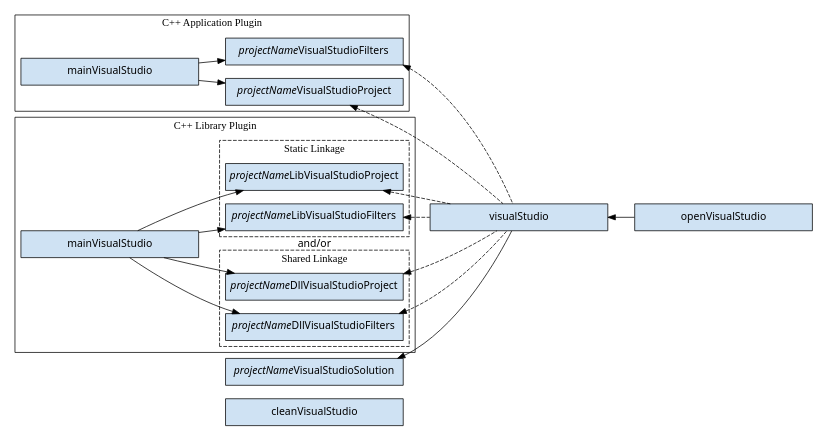
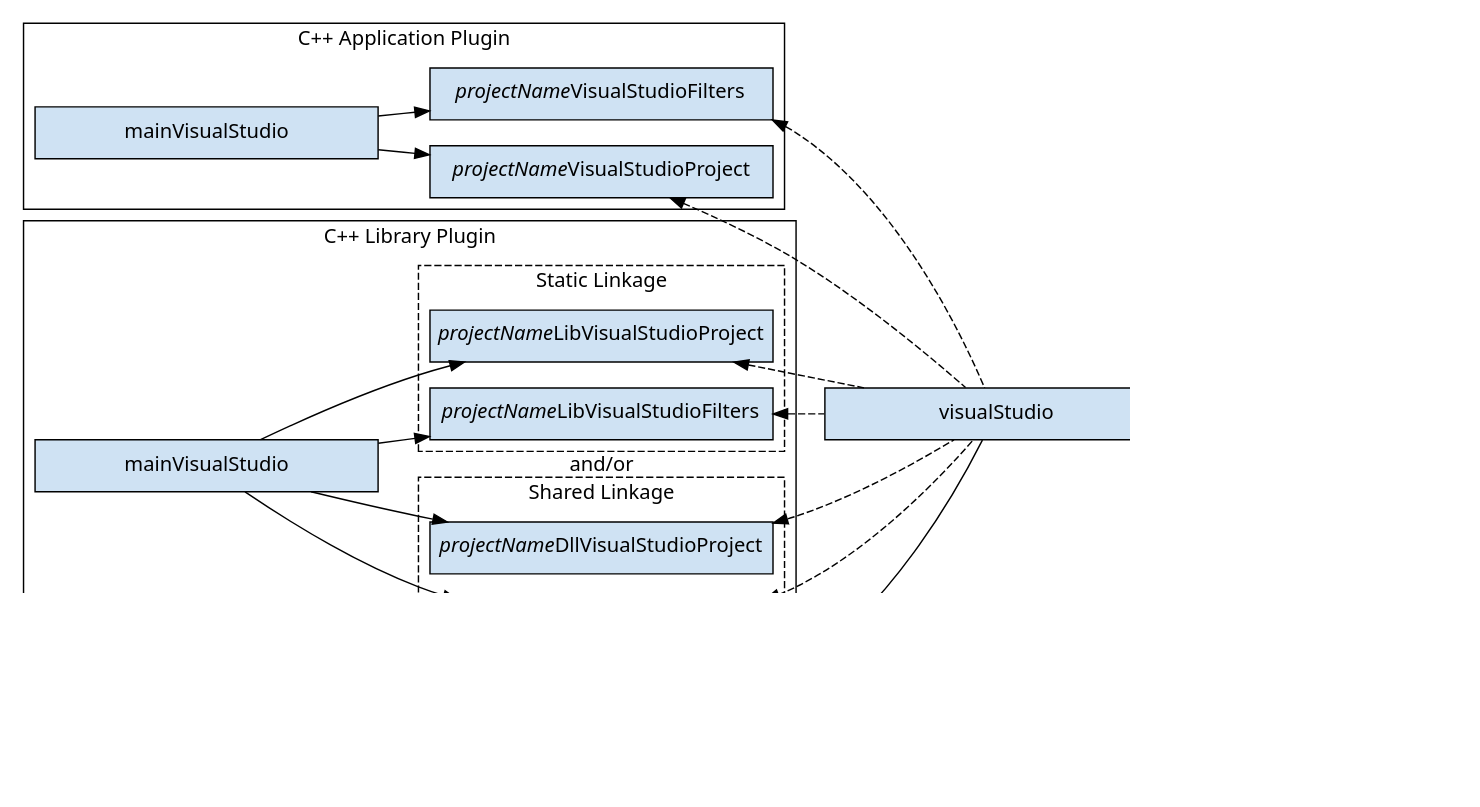
One commit to gradle/gradle changed the diagram in subprojects/docs/src/docs/userguide/img/visual-studio-task-graph.dot. Above: the diagram before and after it, drawn with Graphviz. The commit also changed 1 other file, not shown here.

Commit message:
Generate an higher quality task graph

```diff
--- a/subprojects/docs/src/docs/userguide/img/visual-studio-task-graph.dot
+++ b/subprojects/docs/src/docs/userguide/img/visual-studio-task-graph.dot
@@ -1,70 +1,70 @@
 // Copyright 2018 the original author or authors.
 //
 // Licensed under the Apache License, Version 2.0 (the "License");
 // you may not use this file except in compliance with the License.
 // You may obtain a copy of the License at
 //
 //      http://www.apache.org/licenses/LICENSE-2.0
 //
 // Unless required by applicable law or agreed to in writing, software
 // distributed under the License is distributed on an "AS IS" BASIS,
 // WITHOUT WARRANTIES OR CONDITIONS OF ANY KIND, either express or implied.
 // See the License for the specific language governing permissions and
 // limitations under the License.
 
 // dot -Tpng subprojects/docs/src/docs/userguide/img/visual-studio-task-graph.dot > subprojects/docs/src/docs/userguide/img/visual-studio-task-graph.png
 digraph visualStudioTaskGraph {
-//   graph [ dpi = 100, fontname="Sans"];
+  graph [ dpi = 100, fontname="Sans"];
   node [fontname = "Sans"];
   edge [fontname = "Sans"];
   node [shape=rectangle, fixedsize=true, width=3.3, height=0.5];
   node [style=filled, fillcolor="#cfe2f3"]
   rankdir=LR
 
 
   subgraph cluster_cppApplication {
     label = "C++ Application Plugin"
     color = black
 
     mainVisualStudio -> {nameVisualStudioProject, nameVisualStudioFilters}
 
     nameVisualStudioProject[label=<<i>projectName</i>VisualStudioProject>]
     nameVisualStudioFilters[label=<<i>projectName</i>VisualStudioFilters>]
     mainVisualStudio[label="mainVisualStudio"]
   }
 
   subgraph cluster_cppLibrary {
     label = "C++ Library Plugin"
     cppLibrary_mainVisualStudio[label="mainVisualStudio"]
 
     subgraph cluster_cppLibrarySharedLinkage {
       label = "Shared Linkage"
       style = dashed
 
       nameDllVisualStudioProject[label=<<i>projectName</i>DllVisualStudioProject>]
       nameDllVisualStudioFilters[label=<<i>projectName</i>DllVisualStudioFilters>]
     }
     cppLibrary_mainVisualStudio -> {nameDllVisualStudioProject, nameDllVisualStudioFilters}
 
     cppLibrary_mainVisualStudio -> text [style=invis]
     text[shape=plain, label="and/or"]
 
     subgraph cluster_cppLibraryStaticLinkage {
       label = "Static Linkage"
       style = dashed
 
       nameLibVisualStudioProject[label=<<i>projectName</i>LibVisualStudioProject>]
       nameLibVisualStudioFilters[label=<<i>projectName</i>LibVisualStudioFilters>]
     }
     cppLibrary_mainVisualStudio -> {nameLibVisualStudioProject, nameLibVisualStudioFilters}
   }
 
   {nameDllVisualStudioProject, nameDllVisualStudioFilters, nameLibVisualStudioProject, nameLibVisualStudioFilters} -> visualStudio [dir=back, style=dashed]
   {nameVisualStudioProject, nameVisualStudioFilters} -> visualStudio [dir=back, style=dashed]
   nameVisualStudioSolution -> visualStudio -> openVisualStudio [dir=back]
 
   nameVisualStudioSolution[label=<<i>projectName</i>VisualStudioSolution>]
 
   nameVisualStudioSolution -> cleanVisualStudio [style=invis]
   {rank=same nameVisualStudioSolution cleanVisualStudio}
 }
```
